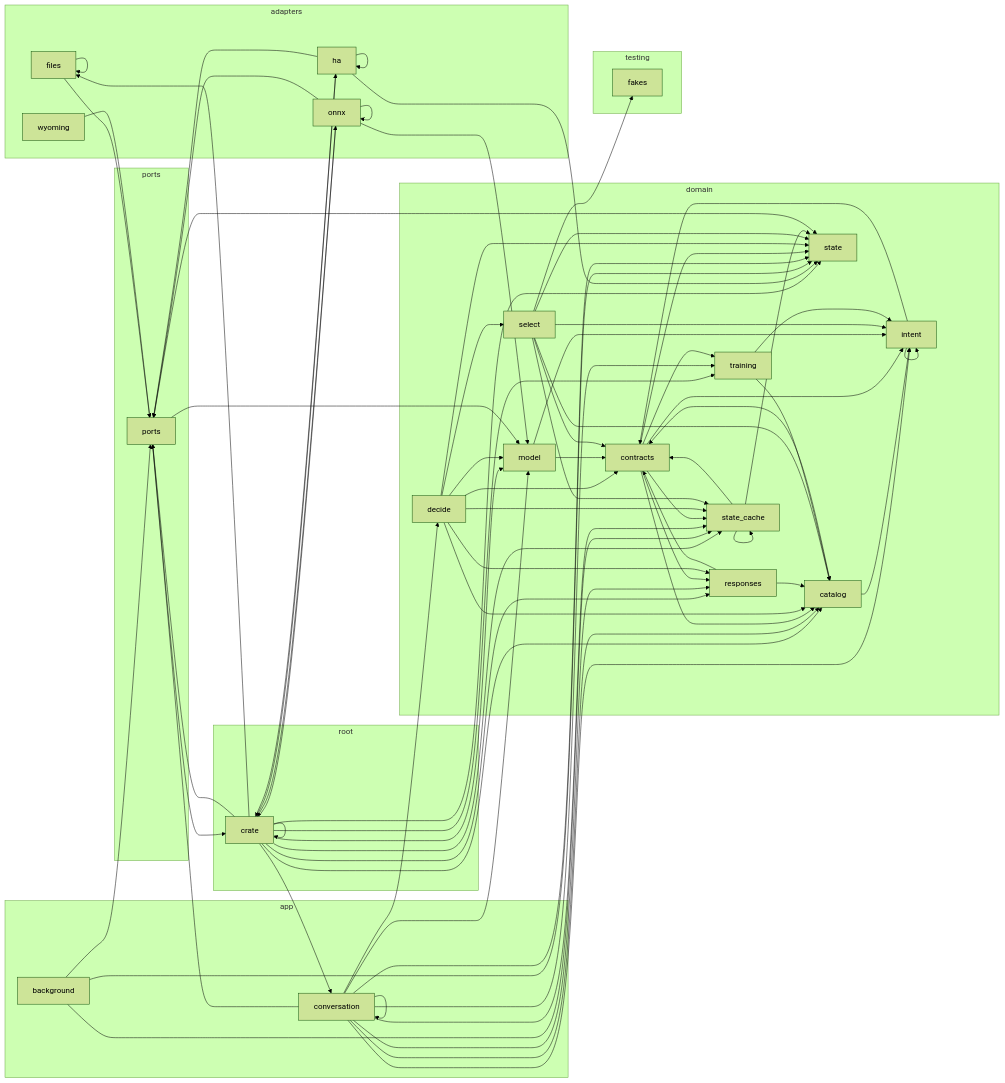
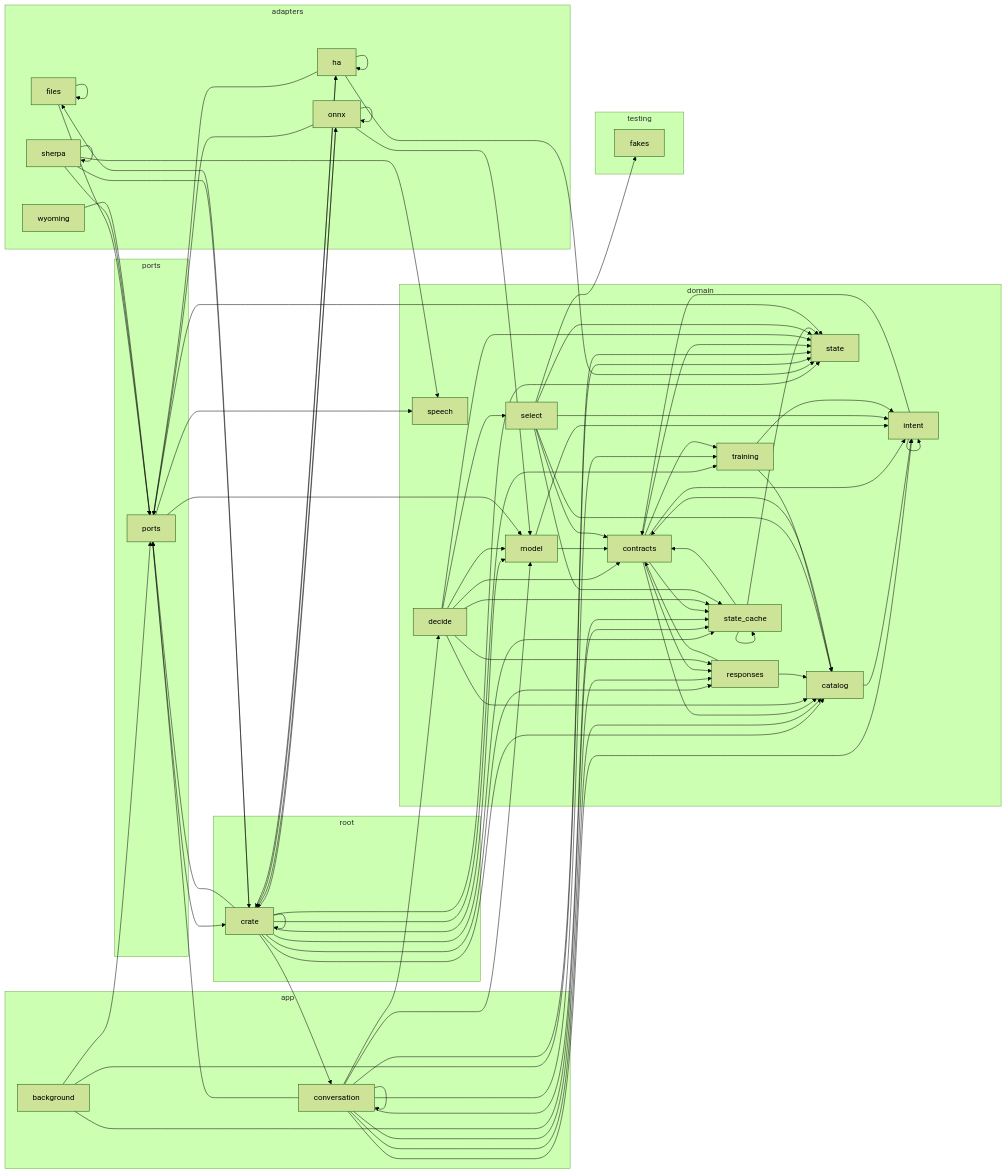
The diagram in docs/architecture.md (louislang/ha-jarvis), drawn with Mermaid (forest theme) before and after one commit. The commit also changed 11 other files, not shown here.

````diff
--- a/docs/architecture.md
+++ b/docs/architecture.md
@@ -8,6 +8,7 @@
         crate_adapters_files[files]
         crate_adapters_ha[ha]
         crate_adapters_onnx[onnx]
+        crate_adapters_sherpa[sherpa]
         crate_adapters_wyoming[wyoming]
     end
     subgraph app
@@ -22,6 +23,7 @@
         crate_domain_model[model]
         crate_domain_responses[responses]
         crate_domain_select[select]
+        crate_domain_speech[speech]
         crate_domain_state[state]
         crate_domain_state_cache[state_cache]
         crate_domain_training[training]
@@ -57,6 +59,10 @@
     crate_adapters_onnx --> crate_adapters_onnx
     crate_adapters_onnx --> crate_domain_model
     crate_adapters_onnx --> crate_ports
+    crate_adapters_sherpa --> crate
+    crate_adapters_sherpa --> crate_adapters_sherpa
+    crate_adapters_sherpa --> crate_domain_speech
+    crate_adapters_sherpa --> crate_ports
     crate_adapters_wyoming --> crate_ports
     crate_app_background --> crate_domain_state
     crate_app_background --> crate_domain_state_cache
@@ -105,5 +111,6 @@
     crate_domain_training --> crate_domain_intent
     crate_ports --> crate
     crate_ports --> crate_domain_model
+    crate_ports --> crate_domain_speech
     crate_ports --> crate_domain_state
 ```
````
